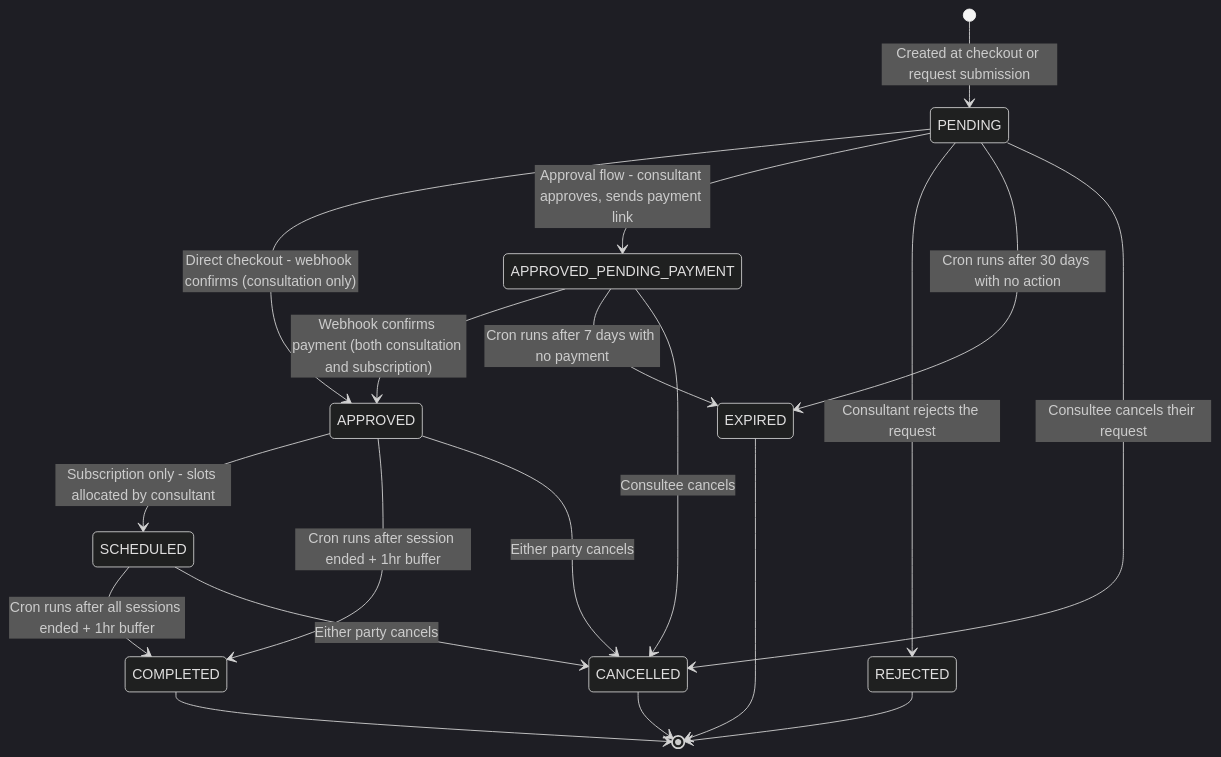
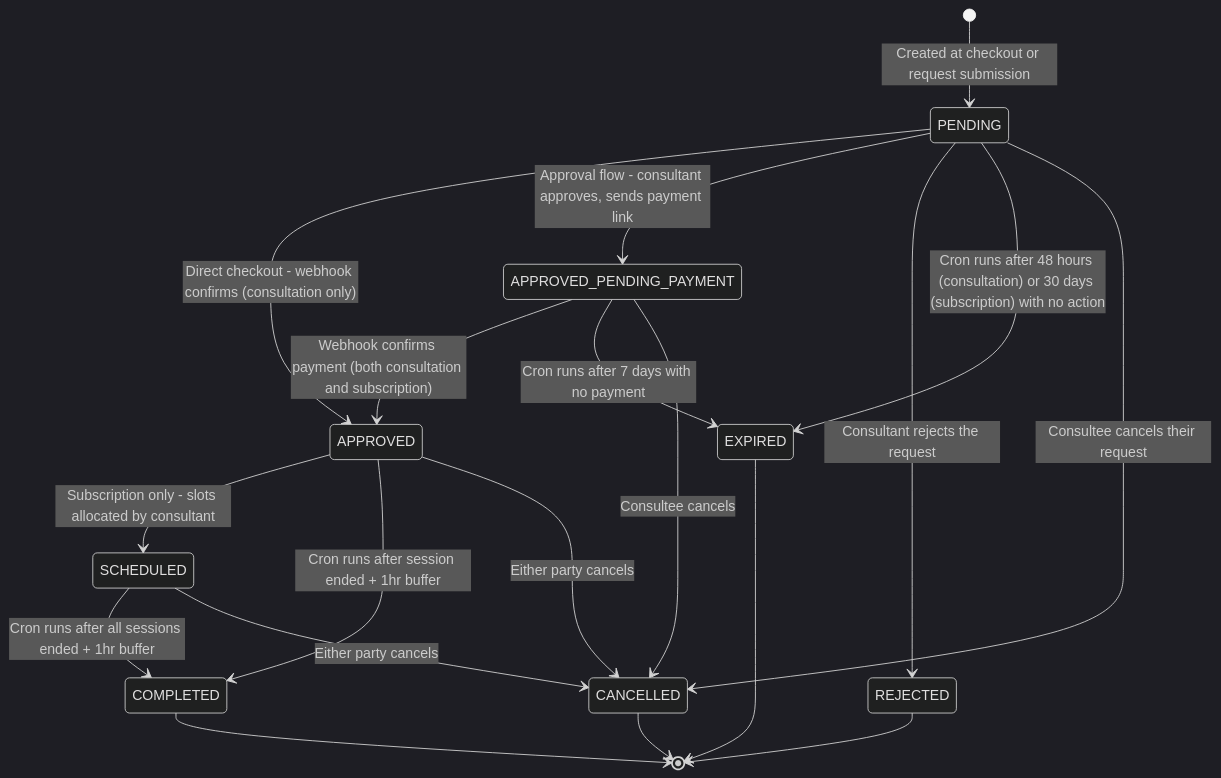
Diagram 11 of 16 in docs/booking/06-booking-lifecycle.md (Practitionist/familiarise_web), drawn with Mermaid (dark theme) before and after one commit. The commit also changed other lines of this file and 4 other files, not shown here.

````diff
--- a/docs/booking/06-booking-lifecycle.md
+++ b/docs/booking/06-booking-lifecycle.md
@@ -861,26 +862,26 @@
 ```mermaid
 stateDiagram-v2
     [*] --> PENDING: Created at checkout or request submission
 
     PENDING --> APPROVED: Direct checkout - webhook confirms (consultation only)
     PENDING --> APPROVED_PENDING_PAYMENT: Approval flow - consultant approves, sends payment link
     PENDING --> REJECTED: Consultant rejects the request
-    PENDING --> EXPIRED: Cron runs after 30 days with no action
+    PENDING --> EXPIRED: Cron runs after 48 hours (consultation) or 30 days (subscription) with no action
     PENDING --> CANCELLED: Consultee cancels their request
 
     APPROVED_PENDING_PAYMENT --> APPROVED: Webhook confirms payment (both consultation and subscription)
     APPROVED_PENDING_PAYMENT --> EXPIRED: Cron runs after 7 days with no payment
     APPROVED_PENDING_PAYMENT --> CANCELLED: Consultee cancels
 
     APPROVED --> SCHEDULED: Subscription only - slots allocated by consultant
     APPROVED --> COMPLETED: Cron runs after session ended + 1hr buffer
     APPROVED --> CANCELLED: Either party cancels
 
     SCHEDULED --> COMPLETED: Cron runs after all sessions ended + 1hr buffer
     SCHEDULED --> CANCELLED: Either party cancels
 
     COMPLETED --> [*]
     REJECTED --> [*]
     EXPIRED --> [*]
     CANCELLED --> [*]
 ```
````
